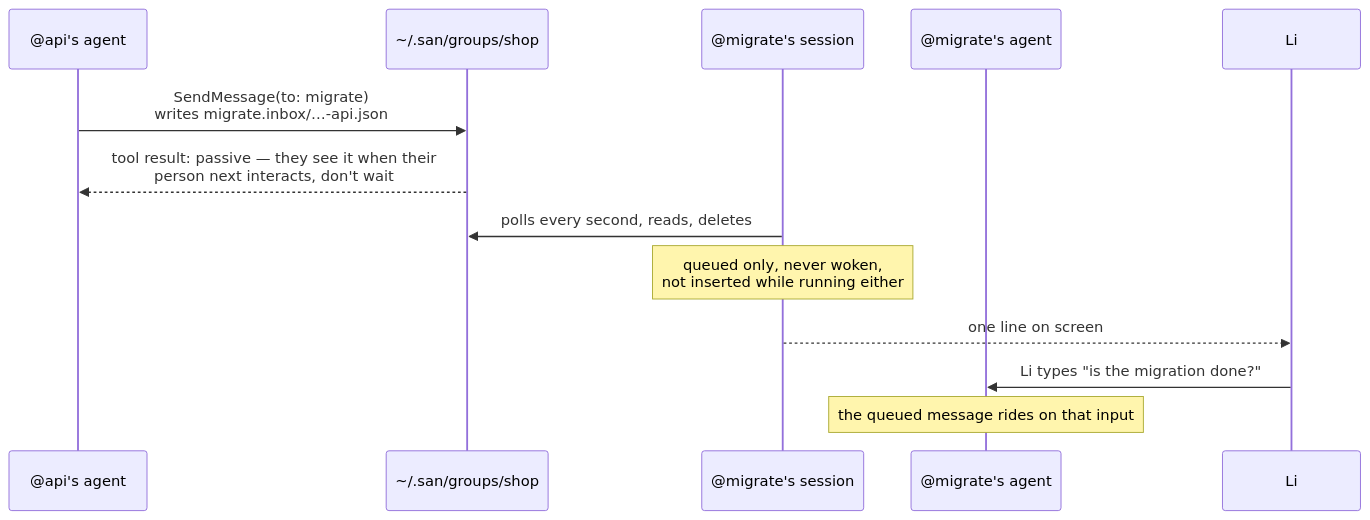
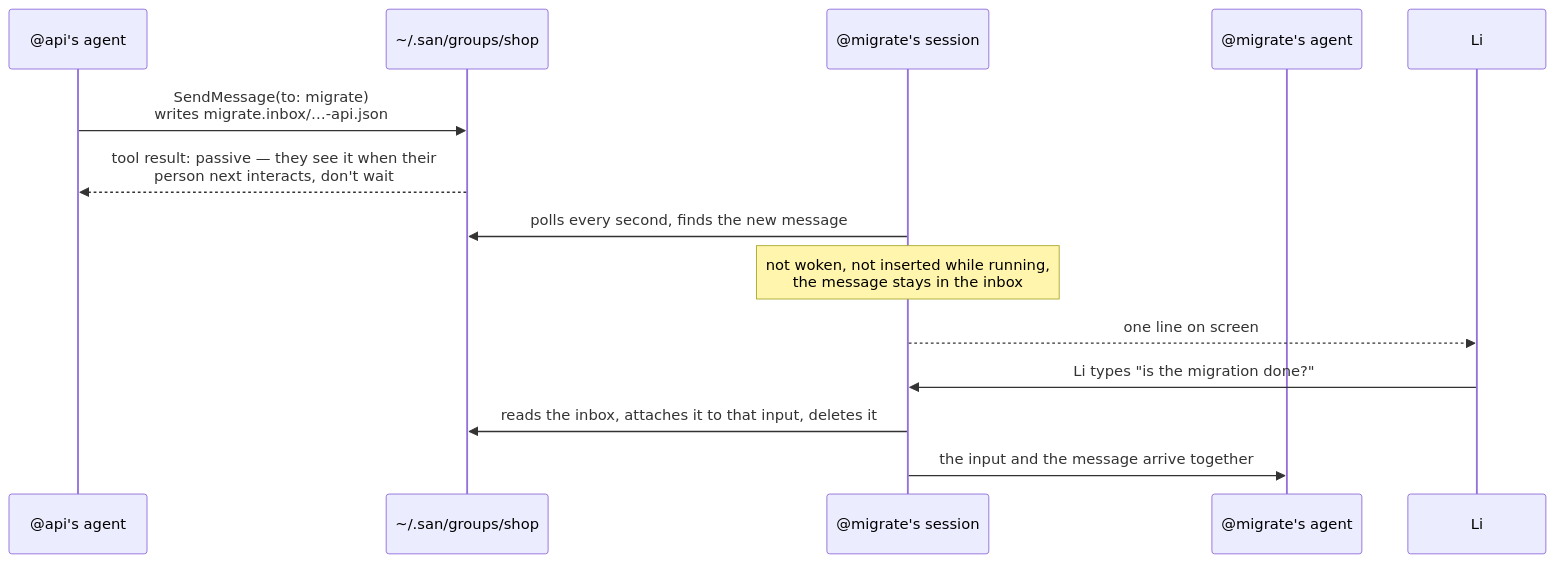
Before and after one commit to genai-io/san: the second of 5 diagrams in docs/design/proposals/0003-session-groups.md, drawn with Mermaid. The commit also changed other lines of this file and 1 other file, not shown here.

````diff
--- a/docs/design/proposals/0003-session-groups.md
+++ b/docs/design/proposals/0003-session-groups.md
@@ -148,15 +151,16 @@
 ```mermaid
 sequenceDiagram
     participant A as @api's agent
     participant FS as ~/.san/groups/shop
     participant M as @migrate's session
     participant MA as @migrate's agent
     participant L as Li
     A->>FS: SendMessage(to: migrate)<br/>writes migrate.inbox/…-api.json
     FS-->>A: tool result: passive — they see it when their<br/>person next interacts, don't wait
-    M->>FS: polls every second, reads, deletes
-    Note over M: queued only, never woken,<br/>not inserted while running either
+    M->>FS: polls every second, finds the new message
+    Note over M: not woken, not inserted while running,<br/>the message stays in the inbox
     M-->>L: one line on screen
-    L->>MA: Li types "is the migration done?"
-    Note over MA: the queued message rides on that input
+    L->>M: Li types "is the migration done?"
+    M->>FS: reads the inbox, attaches it to that input, deletes it
+    M->>MA: the input and the message arrive together
 ```
````
